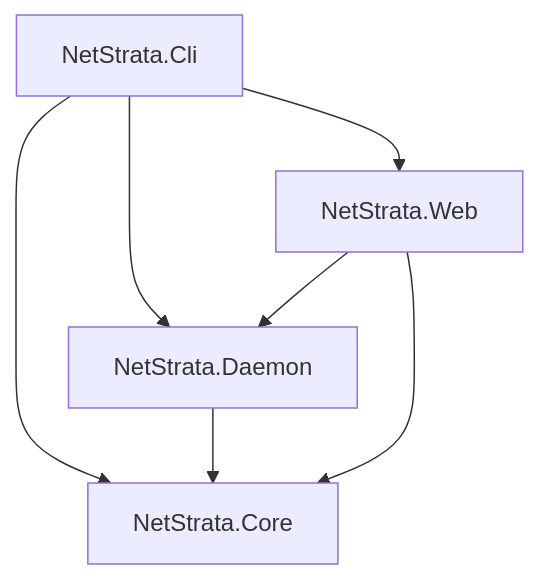
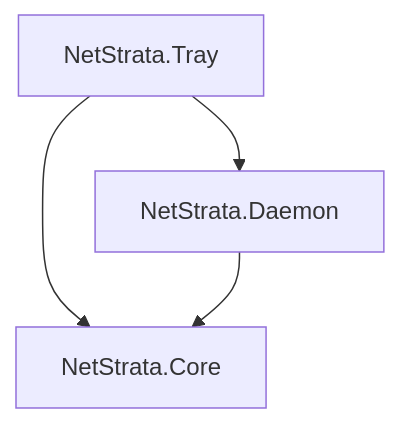
The diagram in docs/ARCHITECTURE.md (kongliuli/NetStrata), drawn with Mermaid before and after one commit. The commit also changed other lines of this file and 60 other files, not shown here.

First line of the commit message:
feat: unify on NetStrata.exe with in-process daemon and HandyControl UI

````diff
--- a/docs/ARCHITECTURE.md
+++ b/docs/ARCHITECTURE.md
@@ -30,9 +30,6 @@
 ```mermaid
 flowchart TB
-    Cli[NetStrata.Cli] --> Core[NetStrata.Core]
-    Cli --> Daemon[NetStrata.Daemon]
-    Cli --> Web[NetStrata.Web]
+    Tray[NetStrata.Tray] --> Core[NetStrata.Core]
+    Tray --> Daemon[NetStrata.Daemon]
     Daemon --> Core
-    Web --> Core
-    Web --> Daemon
 ```
````
